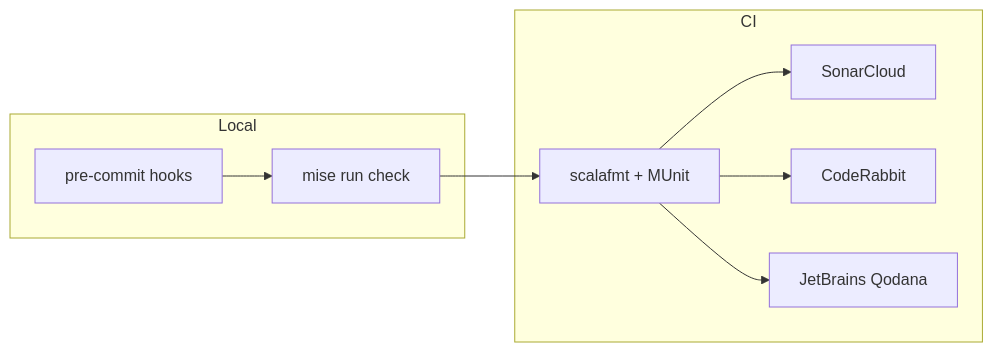
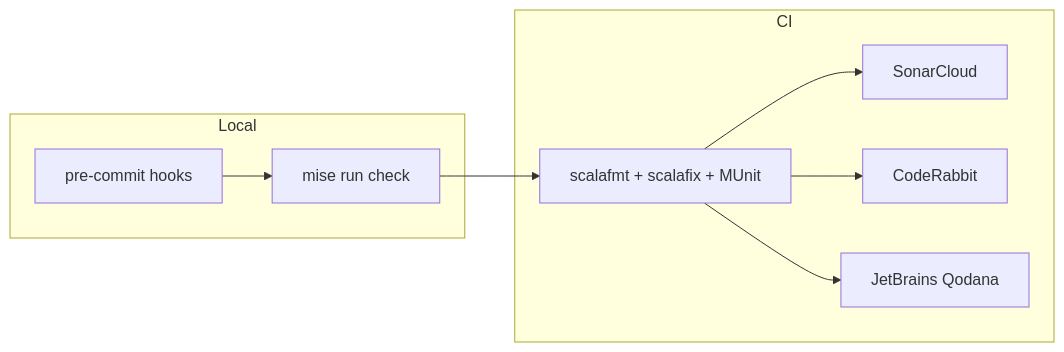
One commit to rabestro/dicechess-engine-scala changed the diagram in docs/src/content/docs/architecture/code-reviews.md. Above: the diagram before and after it, drawn with Mermaid. The commit also changed other lines of this file, not shown here.

````diff
--- a/docs/src/content/docs/architecture/code-reviews.md
+++ b/docs/src/content/docs/architecture/code-reviews.md
@@ -14,12 +14,12 @@
 ```mermaid
 graph LR
     subgraph Local
         A["pre-commit hooks"] --> B["mise run check"]
     end
     subgraph CI
-        B --> C["scalafmt + MUnit"]
+        B --> C["scalafmt + scalafix + MUnit"]
         C --> D["SonarCloud"]
         C --> E["CodeRabbit"]
         C --> F["JetBrains Qodana"]
     end
 ```
````
